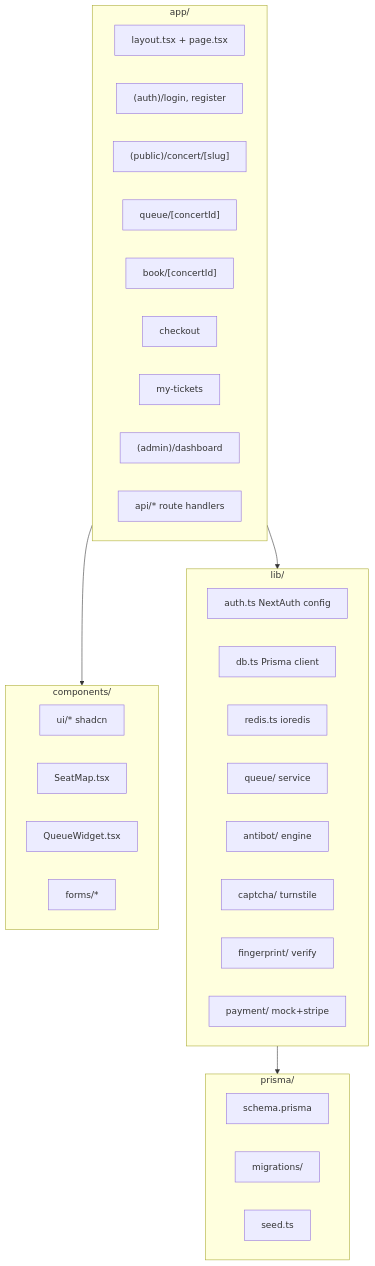
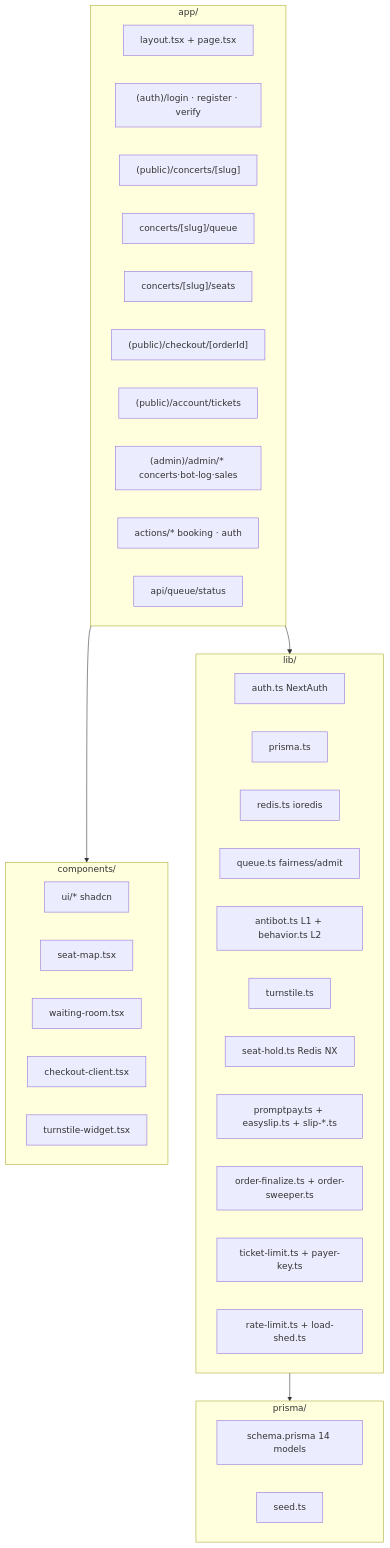
One commit to jakapobrs-oss/concert-antibot changed the sixth of 11 diagrams in docs/05_DIAGRAMS.md. Above: the diagram before and after it, drawn with Mermaid. The commit also changed other lines of this file and 6 other files, not shown here.

First line of the commit message:
docs: sync diagrams กับ schema จริง + เพิ่ม ER exports

````diff
--- a/docs/05_DIAGRAMS.md
+++ b/docs/05_DIAGRAMS.md
@@ -207,42 +234,46 @@
 ```mermaid
 flowchart TB
     subgraph App["app/"]
         ROOT[layout.tsx + page.tsx]
-        AUTH_R["(auth)/login, register"]
-        CONCERT_R["(public)/concert/[slug]"]
-        QUEUE_R["queue/[concertId]"]
-        BOOK_R["book/[concertId]"]
-        CO_R["checkout"]
-        ME_R["my-tickets"]
-        ADMIN_R["(admin)/dashboard"]
-        API_R["api/* route handlers"]
+        AUTH_R["(auth)/login · register · verify"]
+        CONCERT_R["(public)/concerts/[slug]"]
+        QUEUE_R["concerts/[slug]/queue"]
+        SEAT_R["concerts/[slug]/seats"]
+        CO_R["(public)/checkout/[orderId]"]
+        ME_R["(public)/account/tickets"]
+        ADMIN_R["(admin)/admin/* concerts·bot-log·sales"]
+        ACT["actions/* booking · auth"]
+        API_R["api/queue/status"]
     end
 
     subgraph Lib["lib/"]
-        AUTH_L[auth.ts NextAuth config]
-        DB_L[db.ts Prisma client]
+        AUTH_L[auth.ts NextAuth]
+        DB_L[prisma.ts]
         REDIS_L[redis.ts ioredis]
-        QUEUE_L[queue/ service]
-        ANTIBOT_L[antibot/ engine]
-        CAPTCHA_L[captcha/ turnstile]
-        FP_L[fingerprint/ verify]
-        PAYMENT_L[payment/ mock+stripe]
+        QUEUE_L[queue.ts fairness/admit]
+        ANTIBOT_L[antibot.ts L1 + behavior.ts L2]
+        TS_L[turnstile.ts]
+        HOLD_L[seat-hold.ts Redis NX]
+        PAY_L[promptpay.ts + easyslip.ts + slip-*.ts]
+        FINAL_L[order-finalize.ts + order-sweeper.ts]
+        LIMIT_L[ticket-limit.ts + payer-key.ts]
+        RL_L[rate-limit.ts + load-shed.ts]
     end
 
     subgraph Comp["components/"]
         UI_C[ui/* shadcn]
-        SEAT_C[SeatMap.tsx]
-        QUEUE_C[QueueWidget.tsx]
-        FORM_C[forms/*]
+        SEAT_C[seat-map.tsx]
+        QUEUE_C[waiting-room.tsx]
+        CO_C[checkout-client.tsx]
+        TS_C[turnstile-widget.tsx]
     end
 
     subgraph PR["prisma/"]
-        SCH[schema.prisma]
-        MIG[migrations/]
+        SCH[schema.prisma 14 models]
         SEED[seed.ts]
     end
 
     App --> Lib
     App --> Comp
     Lib --> PR
 ```
````
